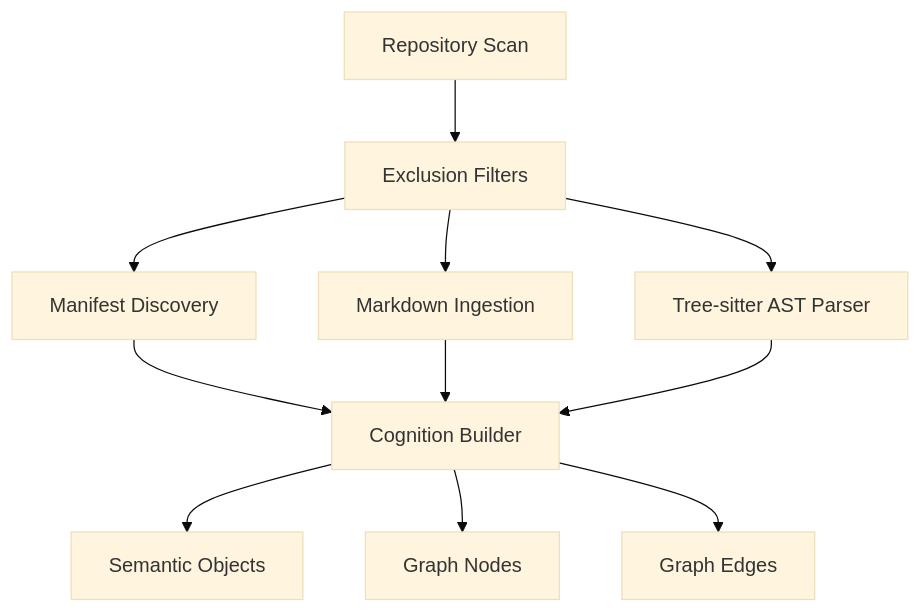
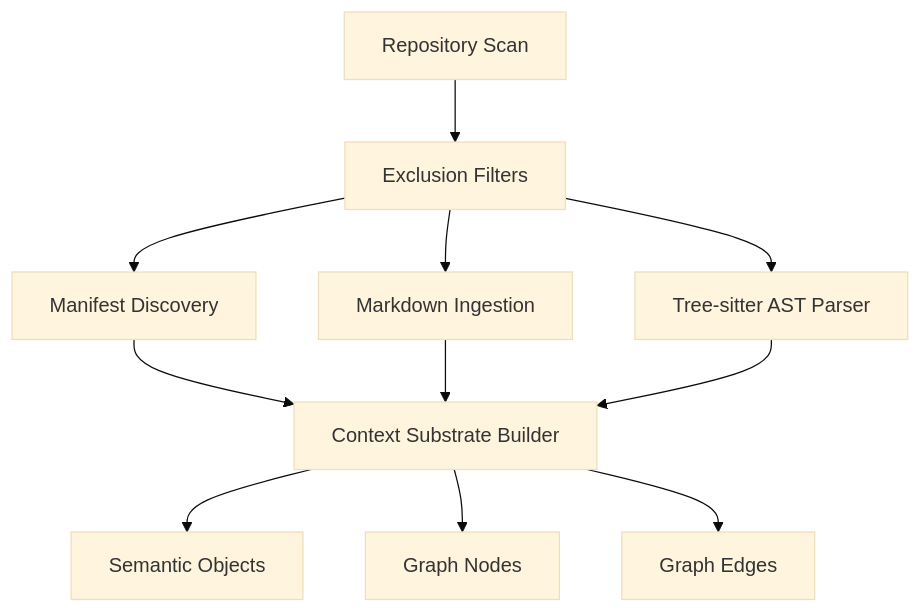
Before and after one commit to saahilpal/synapse: the first of 5 diagrams in docs/architecture/cognition.md, drawn with Mermaid (base theme). The commit also changed other lines of this file and 7 other files, not shown here.

Commit message:
refactor(architecture): converge terminology around temporal context substrate

````diff
--- a/docs/architecture/cognition.md
+++ b/docs/architecture/cognition.md
@@ -12,15 +12,15 @@
 ```mermaid
 flowchart TD
     Scan[Repository Scan] --> Filters[Exclusion Filters]
     Filters --> Manifests[Manifest Discovery]
     Filters --> Markdown[Markdown Ingestion]
     Filters --> Parser[Tree-sitter AST Parser]
     
-    Manifests --> Builder[Cognition Builder]
+    Manifests --> Builder[Context Substrate Builder]
     Markdown --> Builder
     Parser --> Builder
     
     Builder --> SemObjects[Semantic Objects]
     Builder --> Nodes[Graph Nodes]
     Builder --> Edges[Graph Edges]
 ```
````
